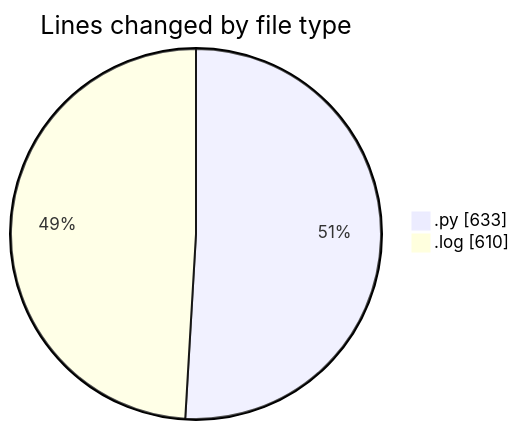
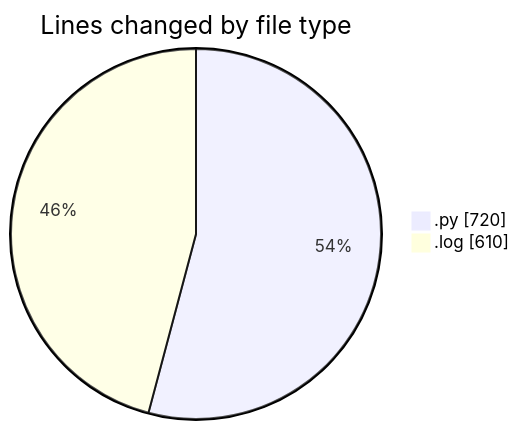
One commit to momahboobian/code-tracking changed the first of 2 diagrams in 2025-05-07/samplepdf/README.md. Above: the diagram before and after it, drawn with Mermaid. The commit also changed other lines of this file and 1 other file, not shown here.

````diff
--- a/2025-05-07/samplepdf/README.md
+++ b/2025-05-07/samplepdf/README.md
@@ -28,6 +28,6 @@
 ```mermaid
 pie showData
 title Lines changed by file type
-".py" : 633
+".py" : 720
 ".log" : 610
 ```
````
